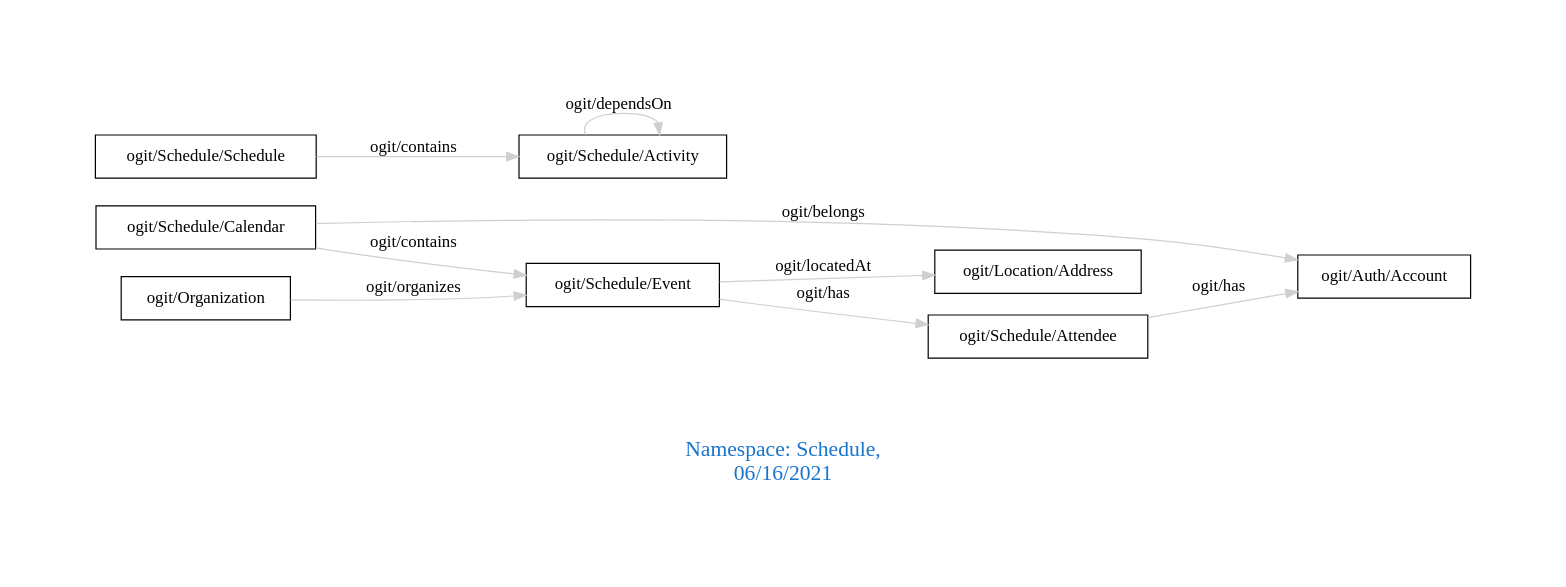
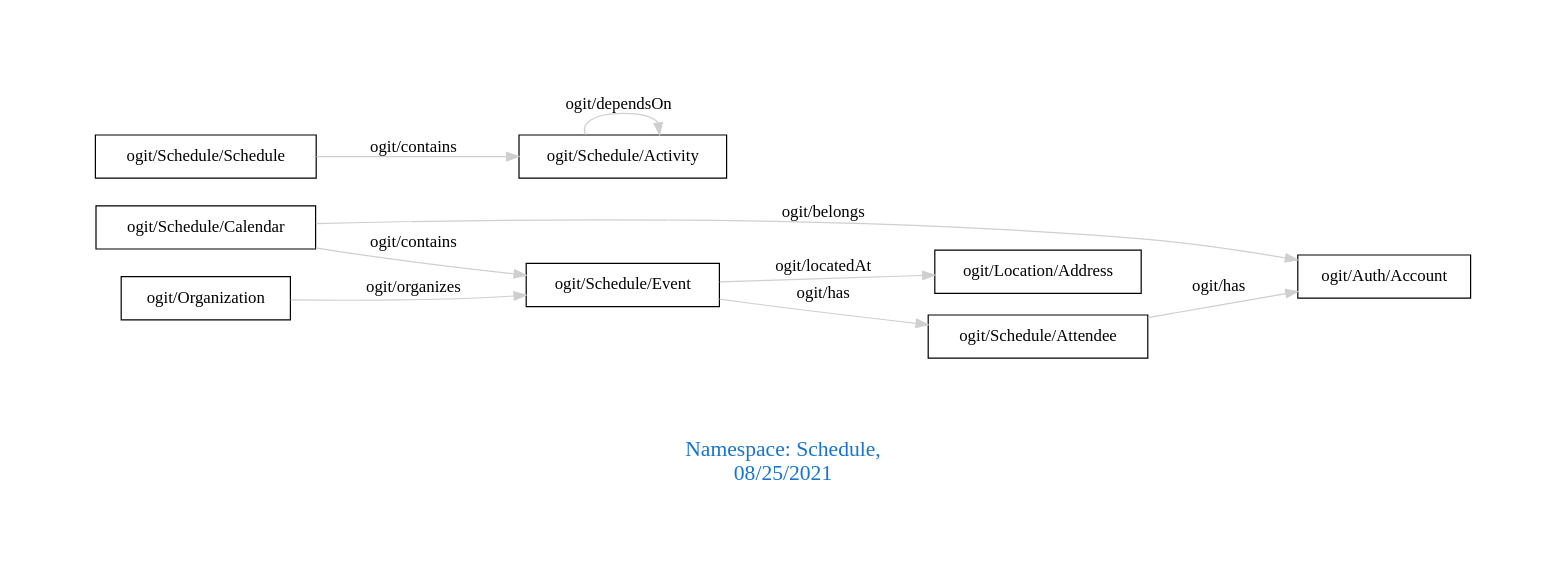
Before and after one commit to arago/OGIT: the diagram in downloads/Schedule.dot, drawn with Graphviz. The commit also changed 1911 other files, not shown here.

```diff
--- a/downloads/Schedule.dot
+++ b/downloads/Schedule.dot
@@ -1,16 +1,16 @@
 digraph OGIT_ontology {
  graph [ rankdir= LR,pad=1 
 fontsize = 18,
-fontcolor= dodgerblue3,label = "\n\n\nNamespace: Schedule, \n 06/16/2021"];
+fontcolor= dodgerblue3,label = "\n\n\nNamespace: Schedule, \n 08/25/2021"];
 node[shape=polygon];
 edge [  color="gray81"];
 
    "ogit/Schedule/Calendar" -> "ogit/Schedule/Event" [label="   ogit/contains    "];
    "ogit/Schedule/Schedule" -> "ogit/Schedule/Activity" [label="   ogit/contains    "];
    "ogit/Schedule/Event" -> "ogit/Location/Address" [label="   ogit/locatedAt    "];
    "ogit/Organization" -> "ogit/Schedule/Event" [label="   ogit/organizes    "];
    "ogit/Schedule/Calendar" -> "ogit/Auth/Account" [label="   ogit/belongs    "];
    "ogit/Schedule/Attendee" -> "ogit/Auth/Account" [label="   ogit/has    "];
    "ogit/Schedule/Event" -> "ogit/Schedule/Attendee" [label="   ogit/has    "];
    "ogit/Schedule/Activity" -> "ogit/Schedule/Activity" [label="   ogit/dependsOn    "];
 }
```
